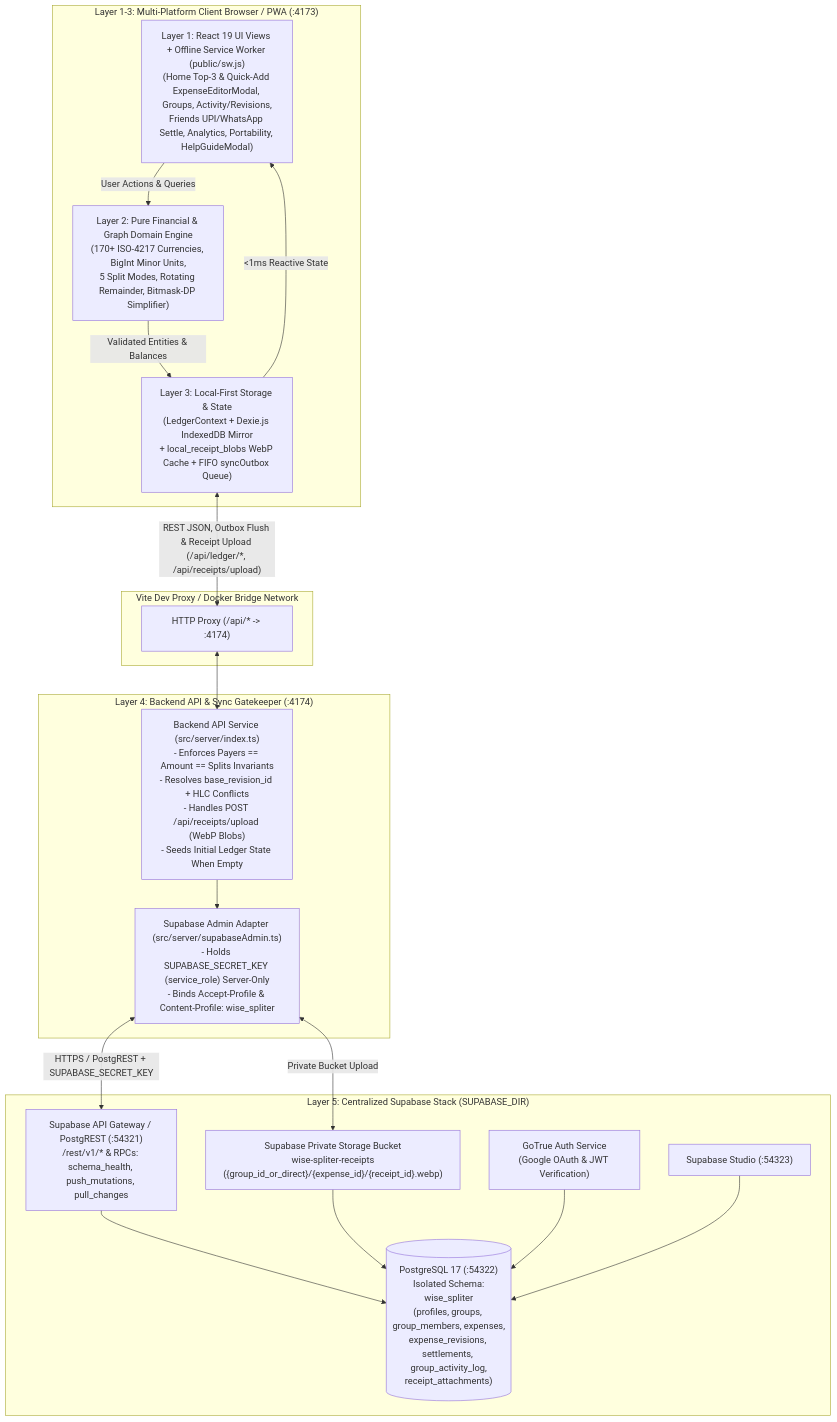
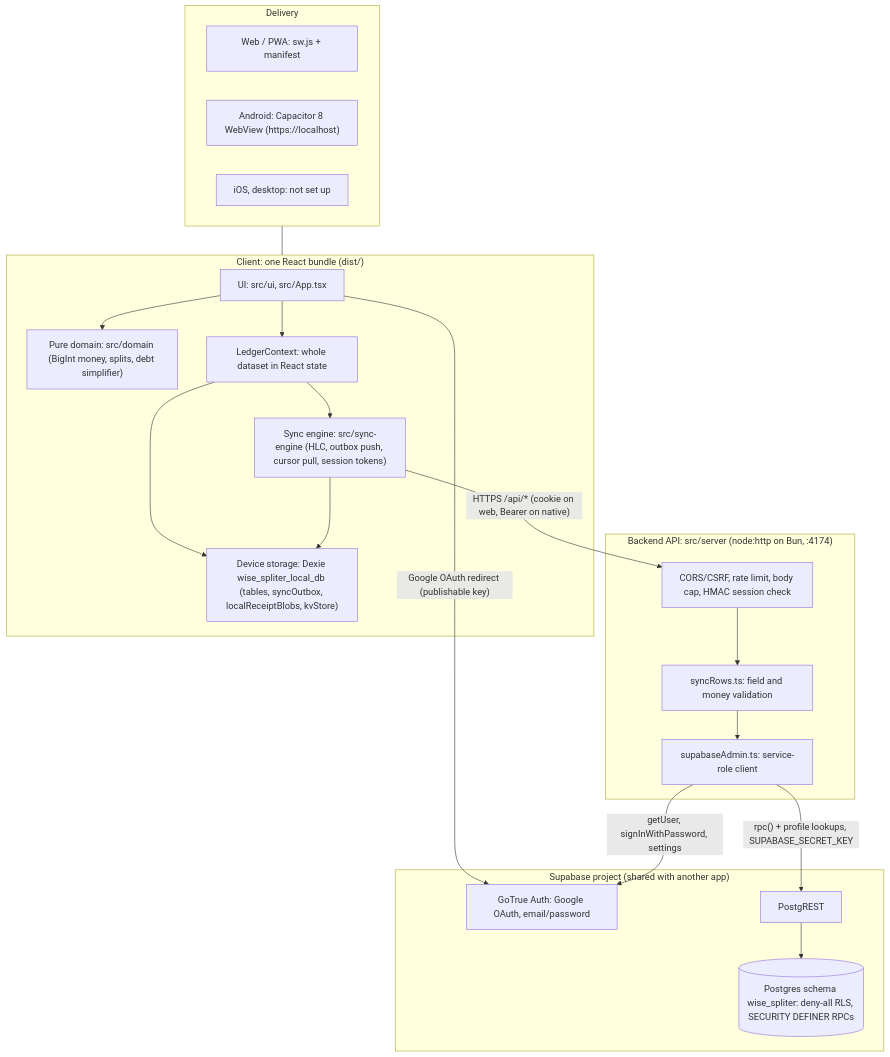
The diagram in docs/architecture.md (chetan-jarande/wise-spliter), drawn with Mermaid before and after one commit. The commit also changed other lines of this file and 11 other files, not shown here.

First line of the commit message:
docs: architecture, sync spec, capacity, Cloudflare Worker and readiness

````diff
--- a/docs/architecture.md
+++ b/docs/architecture.md
@@ -89,41 +27,41 @@
 ```mermaid
 flowchart TB
-  subgraph ClientLayer["Layer 1-3: Multi-Platform Client Browser / PWA (:4173)"]
-    UI["Layer 1: React 19 UI Views + Offline Service Worker (public/sw.js)\n(Home Top-3 & Quick-Add ExpenseEditorModal, Groups, Activity/Revisions,\nFriends UPI/WhatsApp Settle, Analytics, Portability, HelpGuideModal)"]
-    Domain["Layer 2: Pure Financial & Graph Domain Engine\n(170+ ISO-4217 Currencies, BigInt Minor Units,\n5 Split Modes, Rotating Remainder, Bitmask-DP Simplifier)"]
-    LocalDB["Layer 3: Local-First Storage & State\n(LedgerContext + Dexie.js IndexedDB Mirror\n+ local_receipt_blobs WebP Cache + FIFO syncOutbox Queue)"]
-
-    UI -->|"User Actions & Queries"| Domain
-    Domain -->|"Validated Entities & Balances"| LocalDB
-    LocalDB -->|"<1ms Reactive State"| UI
+  subgraph Client["Client: one React bundle (dist/)"]
+    UI["UI: src/ui, src/App.tsx"]
+    Domain["Pure domain: src/domain (BigInt money, splits, debt simplifier)"]
+    State["LedgerContext: whole dataset in React state"]
+    Store["Device storage: Dexie wise_spliter_local_db (tables, syncOutbox, localReceiptBlobs, kvStore)"]
+    Sync["Sync engine: src/sync-engine (HLC, outbox push, cursor pull, session tokens)"]
+    UI --> Domain
+    UI --> State
+    State --> Store
+    State --> Sync
+    Sync --> Store
   end
 
-  subgraph NetworkBridge["Vite Dev Proxy / Docker Bridge Network"]
-    Proxy["HTTP Proxy (/api/* -> :4174)"]
+  subgraph Shells["Delivery"]
+    Web["Web / PWA: sw.js + manifest"]
+    Android["Android: Capacitor 8 WebView (https://localhost)"]
+    Later["iOS, desktop: not set up"]
   end
 
-  subgraph ServerLayer["Layer 4: Backend API & Sync Gatekeeper (:4174)"]
-    API["Backend API Service (src/server/index.ts)\n- Enforces Payers == Amount == Splits Invariants\n- Resolves base_revision_id + HLC Conflicts\n- Handles POST /api/receipts/upload (WebP Blobs)\n- Seeds Initial Ledger State When Empty"]
-    Admin["Supabase Admin Adapter (src/server/supabaseAdmin.ts)\n- Holds SUPABASE_SECRET_KEY (service_role) Server-Only\n- Binds Accept-Profile & Content-Profile: wise_spliter"]
-
-    API --> Admin
+  subgraph API["Backend API: src/server (node:http on Bun, :4174)"]
+    Gate["CORS/CSRF, rate limit, body cap, HMAC session check"]
+    Valid["syncRows.ts: field and money validation"]
+    Admin["supabaseAdmin.ts: service-role client"]
+    Gate --> Valid --> Admin
   end
 
-  subgraph SupabaseLayer["Layer 5: Centralized Supabase Stack (SUPABASE_DIR)"]
-    Kong["Supabase API Gateway / PostgREST (:54321)\n/rest/v1/* & RPCs: schema_health, push_mutations, pull_changes"]
-    Storage["Supabase Private Storage Bucket\nwise-spliter-receipts\n({group_id_or_direct}/{expense_id}/{receipt_id}.webp)"]
-    GoTrue["GoTrue Auth Service\n(Google OAuth & JWT Verification)"]
-    Studio["Supabase Studio (:54323)"]
-    PG[("PostgreSQL 17 (:54322)\n Isolated Schema: wise_spliter\n(profiles, groups, group_members, expenses,\nexpense_revisions, settlements, group_activity_log,\nreceipt_attachments)")]
-
-    Kong --> PG
-    Storage --> PG
-    GoTrue --> PG
-    Studio --> PG
+  subgraph Supabase["Supabase project (shared with another app)"]
+    GoTrue["GoTrue Auth: Google OAuth, email/password"]
+    PostgREST["PostgREST"]
+    PG[("Postgres schema wise_spliter: deny-all RLS, SECURITY DEFINER RPCs")]
+    PostgREST --> PG
   end
 
-  LocalDB <-->|"REST JSON, Outbox Flush & Receipt Upload (/api/ledger/*, /api/receipts/upload)"| Proxy
-  Proxy <--> API
-  Admin <-->|"HTTPS / PostgREST + SUPABASE_SECRET_KEY"| Kong
-  Admin <-->|"Private Bucket Upload"| Storage
+  Shells --- Client
+  Sync -->|"HTTPS /api/* (cookie on web, Bearer on native)"| Gate
+  UI -->|"Google OAuth redirect (publishable key)"| GoTrue
+  Admin -->|"rpc() + profile lookups, SUPABASE_SECRET_KEY"| PostgREST
+  Admin -->|"getUser, signInWithPassword, settings"| GoTrue
 ```
````
